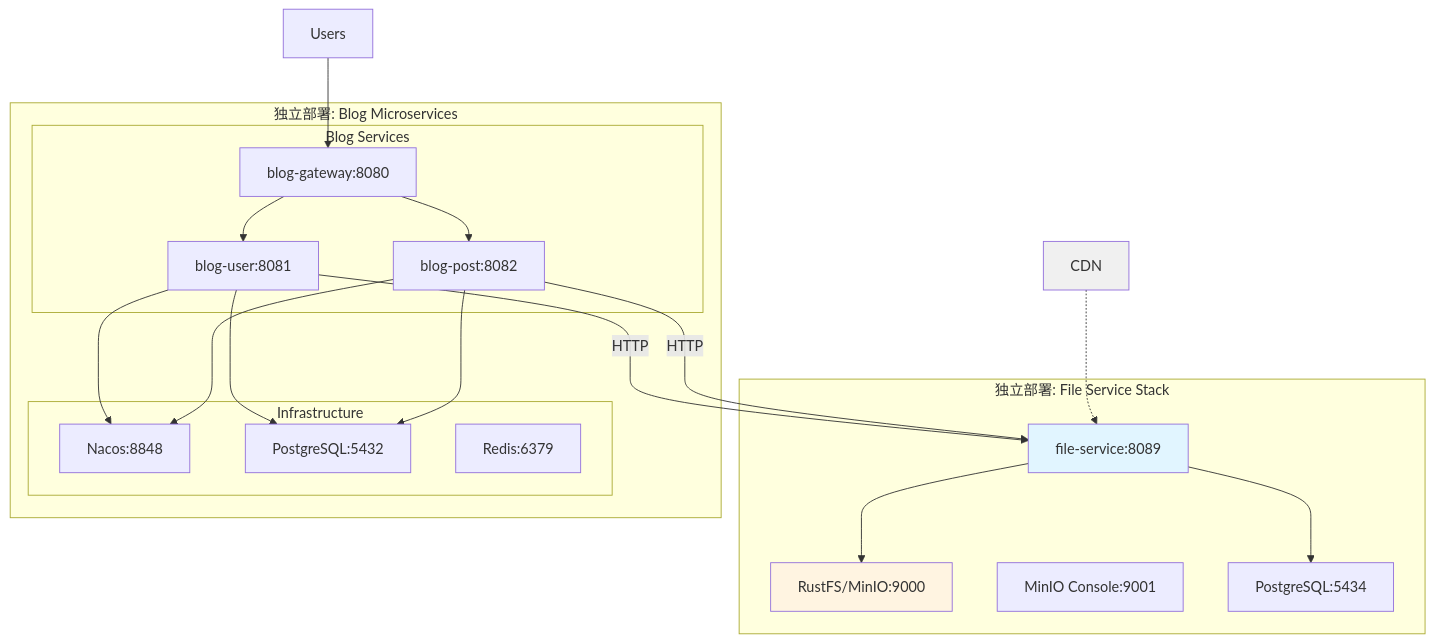
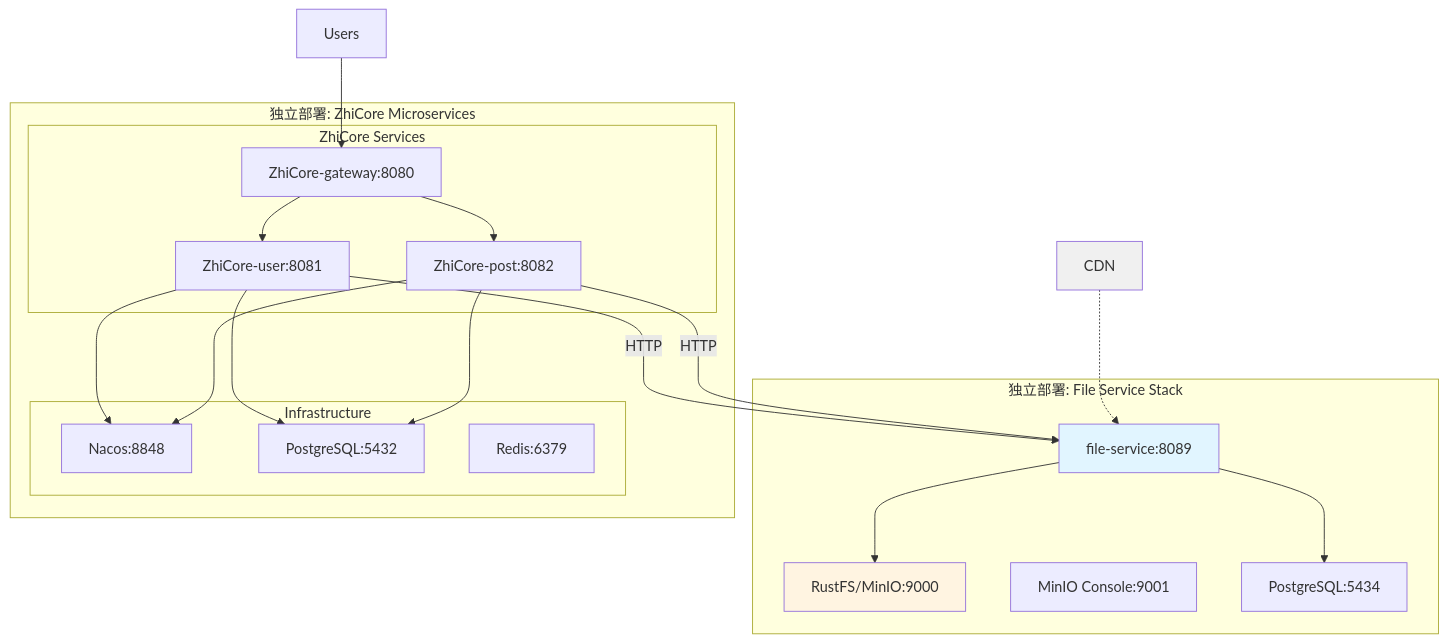
The second of 3 diagrams in .kiro/specs/file-service-integration/design.md (architectcgz/zhicore), drawn with Mermaid before and after one commit. The commit also changed other lines of this file and 1789 other files, not shown here.

````diff
--- a/.kiro/specs/file-service-integration/design.md
+++ b/.kiro/specs/file-service-integration/design.md
@@ -67,40 +67,40 @@
 ```mermaid
 graph TB
     subgraph "独立部署: File Service Stack"
         D[file-service:8089]
         E[RustFS/MinIO:9000]
         F[MinIO Console:9001]
         H[PostgreSQL:5434]
         D --> E
         D --> H
     end
     
-    subgraph "独立部署: Blog Microservices"
-        subgraph "Blog Services"
-            A[blog-user:8081]
-            B[blog-post:8082]
-            C[blog-gateway:8080]
+    subgraph "独立部署: ZhiCore Microservices"
+        subgraph "ZhiCore Services"
+            A[ZhiCore-user:8081]
+            B[ZhiCore-post:8082]
+            C[ZhiCore-gateway:8080]
         end
         
         subgraph "Infrastructure"
             G[Nacos:8848]
             I[PostgreSQL:5432]
             J[Redis:6379]
         end
     end
     
     K[CDN] -.-> D
     L[Users] --> C
     C --> A
     C --> B
     A -->|HTTP| D
     B -->|HTTP| D
     A --> G
     B --> G
     A --> I
     B --> I
     
     style D fill:#e1f5ff
     style E fill:#fff4e1
     style K fill:#f0f0f0
 ```
````
